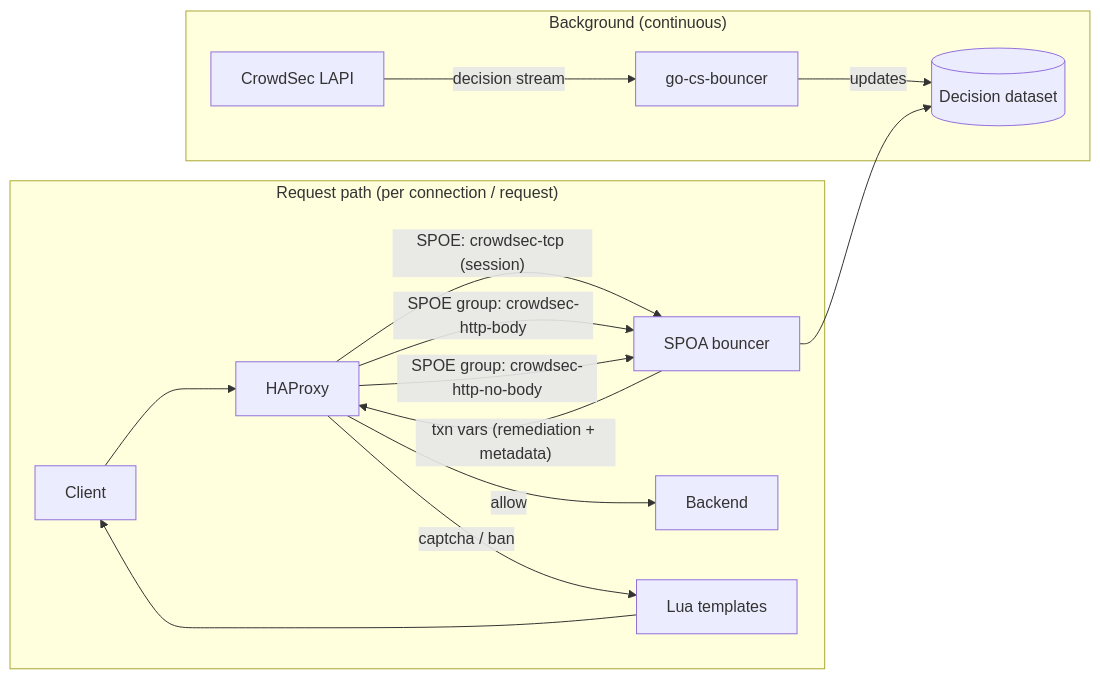
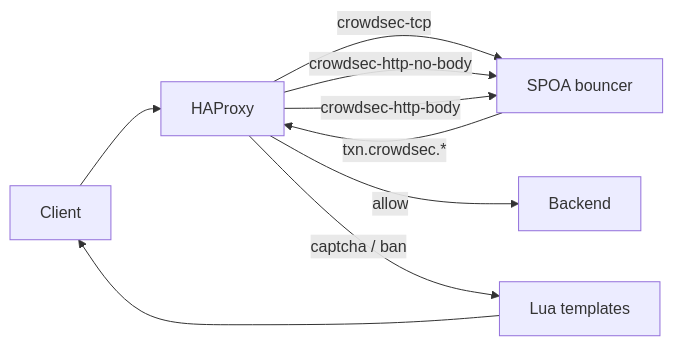
Before and after one commit to crowdsecurity/cs-haproxy-spoa-bouncer: the first of 7 diagrams in README.md, drawn with Mermaid.

Commit message:
docs: simplify overview flowchart

````diff
--- a/README.md
+++ b/README.md
@@ -43,19 +43,13 @@
 ```mermaid
 flowchart LR
-  subgraph Background["Background (continuous)"]
-    CrowdSec["CrowdSec LAPI"] -->|"decision stream"| Bouncer["go-cs-bouncer"]
-    Bouncer -->|"updates"| Dataset[("Decision dataset")]
-  end
+  Client["Client"] --> HAProxy["HAProxy"]
 
-  subgraph DataPath["Request path (per connection / request)"]
-    Client["Client"] --> HAProxy["HAProxy"]
-    HAProxy -->|"SPOE: crowdsec-tcp (session)"| SPOA["SPOA bouncer"]
-    HAProxy -->|"SPOE group: crowdsec-http-body"| SPOA
-    HAProxy -->|"SPOE group: crowdsec-http-no-body"| SPOA
-    SPOA --> Dataset
-    SPOA -->|"txn vars (remediation + metadata)"| HAProxy
-    HAProxy -->|"allow"| Backend["Backend"]
-    HAProxy -->|"captcha / ban"| Lua["Lua templates"]
-    Lua --> Client
-  end
+  HAProxy -->|"crowdsec-tcp"| SPOA["SPOA bouncer"]
+  HAProxy -->|"crowdsec-http-no-body"| SPOA
+  HAProxy -->|"crowdsec-http-body"| SPOA
+  SPOA -->|"txn.crowdsec.*"| HAProxy
+
+  HAProxy -->|"allow"| Backend["Backend"]
+  HAProxy -->|"captcha / ban"| Lua["Lua templates"]
+  Lua --> Client
 ```
````
